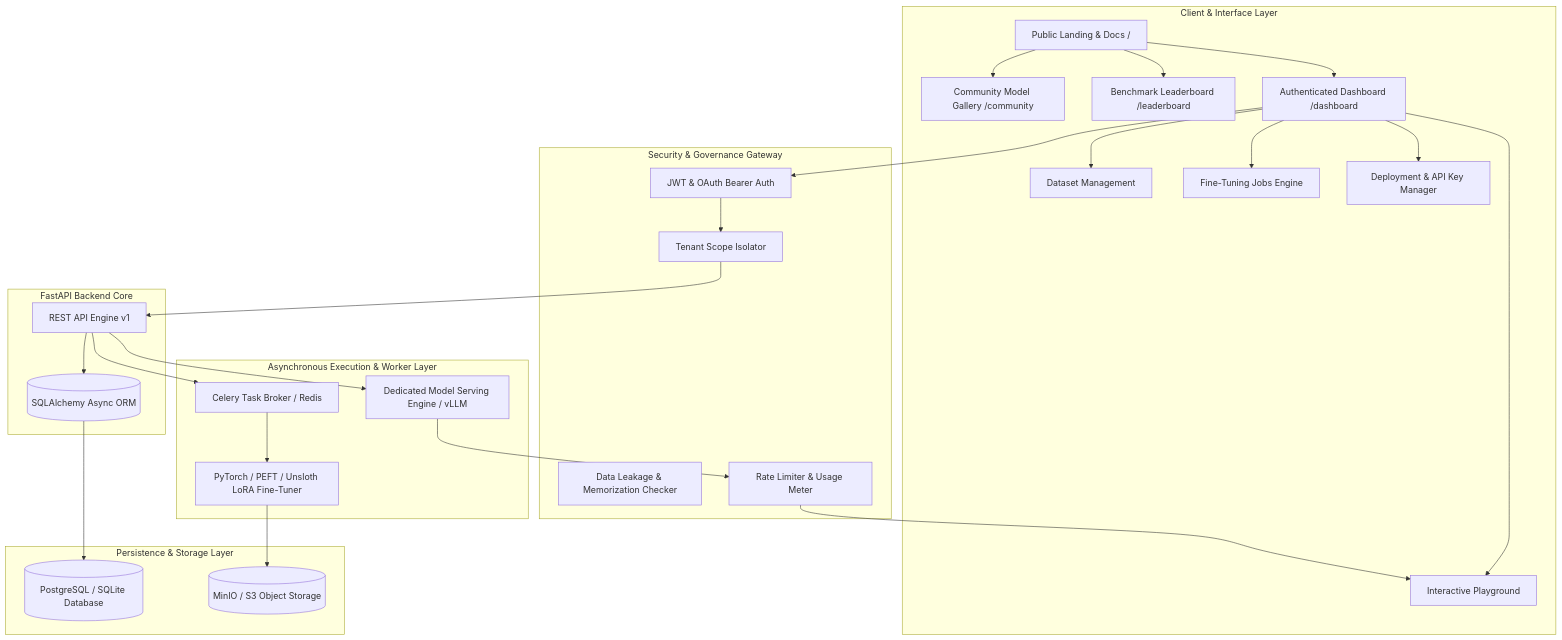
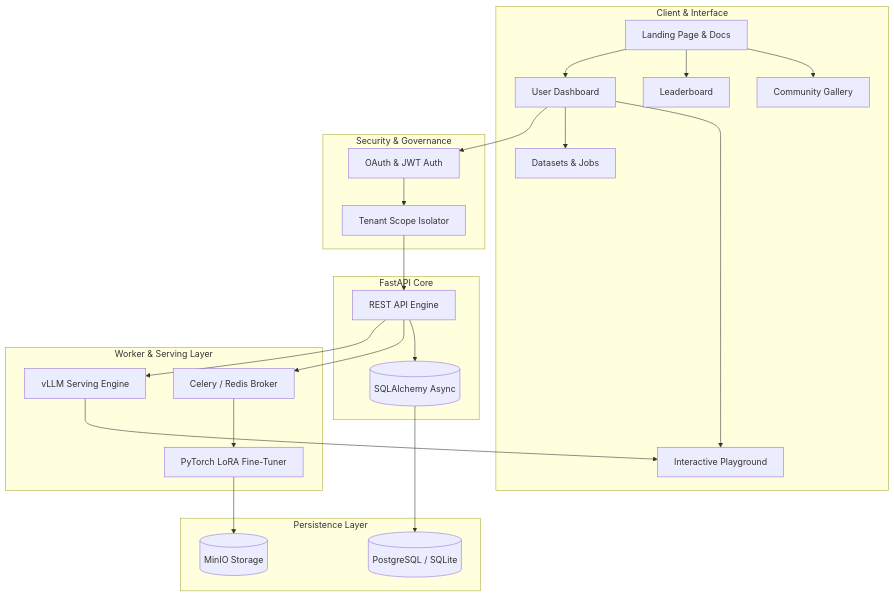
Before and after one commit to avi-071-coder/Attestly: the diagram in README.md, drawn with Mermaid. The commit also changed other lines of this file, not shown here.

````diff
--- a/README.md
+++ b/README.md
@@ -31,47 +30,38 @@
 ```mermaid
 flowchart TB
-    subgraph ClientLayer ["Client & Interface Layer"]
-        A[Public Landing & Docs /] --> B[Community Model Gallery /community]
-        A --> C[Benchmark Leaderboard /leaderboard]
-        A --> D[Authenticated Dashboard /dashboard]
+    subgraph ClientLayer ["Client & Interface"]
+        A[Landing Page & Docs] --> B[Community Gallery]
+        A --> C[Leaderboard]
+        A --> D[User Dashboard]
         D --> E[Interactive Playground]
-        D --> F[Dataset Management]
-        D --> G[Fine-Tuning Jobs Engine]
-        D --> H[Deployment & API Key Manager]
+        D --> F[Datasets & Jobs]
     end
 
-    subgraph SecurityGateway ["Security & Governance Gateway"]
-        AuthFilter[JWT & OAuth Bearer Auth]
+    subgraph SecurityGateway ["Security & Governance"]
+        AuthFilter[OAuth & JWT Auth]
         TenantIsolation[Tenant Scope Isolator]
-        LeakageFilter[Data Leakage & Memorization Checker]
-        RateLimiter[Rate Limiter & Usage Meter]
     end
 
-    subgraph BackendCore ["FastAPI Backend Core"]
-        REST[REST API Engine v1]
-        ORM[(SQLAlchemy Async ORM)]
+    subgraph BackendCore ["FastAPI Core"]
+        REST[REST API Engine]
+        ORM[(SQLAlchemy Async)]
     end
 
-    subgraph ExecutionWorker ["Asynchronous Execution & Worker Layer"]
-        CeleryQueue[Celery Task Broker / Redis]
-        PEFTWorker[PyTorch / PEFT / Unsloth LoRA Fine-Tuner]
-        ServingEngine[Dedicated Model Serving Engine / vLLM]
+    subgraph ExecutionWorker ["Worker & Serving Layer"]
+        CeleryQueue[Celery / Redis Broker]
+        PEFTWorker[PyTorch LoRA Fine-Tuner]
+        ServingEngine[vLLM Serving Engine]
     end
 
-    subgraph Persistence ["Persistence & Storage Layer"]
-        DB[(PostgreSQL / SQLite Database)]
-        ObjectStore[(MinIO / S3 Object Storage)]
+    subgraph Storage ["Persistence Layer"]
+        DB[(PostgreSQL / SQLite)]
+        ObjectStore[(MinIO Storage)]
     end
 
     D --> AuthFilter
     AuthFilter --> TenantIsolation
     TenantIsolation --> REST
-    REST --> ORM
-    ORM --> DB
-    REST --> CeleryQueue
-    CeleryQueue --> PEFTWorker
-    PEFTWorker --> ObjectStore
-    REST --> ServingEngine
-    ServingEngine --> RateLimiter
-    RateLimiter --> E
+    REST --> ORM --> DB
+    REST --> CeleryQueue --> PEFTWorker --> ObjectStore
+    REST --> ServingEngine --> E
 ```
````
